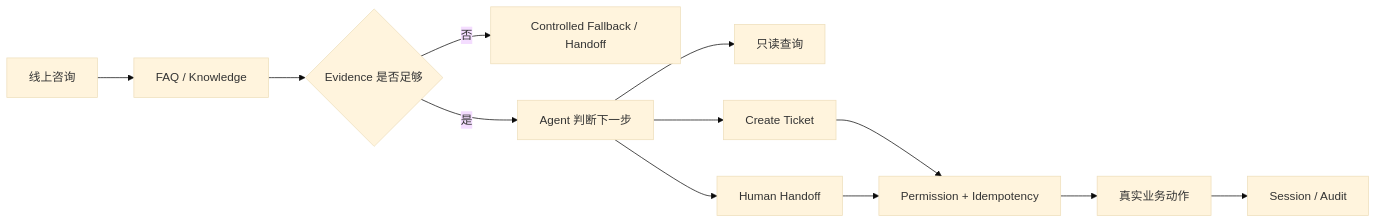
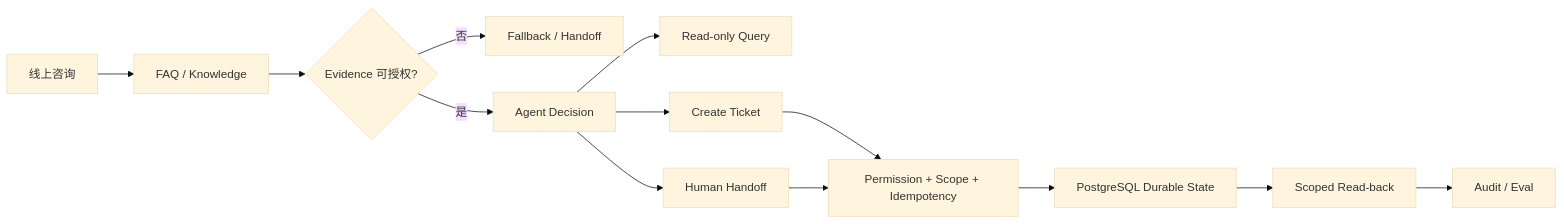
One commit to wanghanyu654321-cell/-agent changed the diagram in README.md. Above: the diagram before and after it, drawn with Mermaid (base theme). The commit also changed other lines of this file, not shown here.

````diff
--- a/README.md
+++ b/README.md
@@ -67,17 +63,18 @@
 ```mermaid
 flowchart LR
     A[线上咨询] --> B[FAQ / Knowledge]
-    B --> C{Evidence 是否足够}
-    C -- 否 --> D[Controlled Fallback / Handoff]
-    C -- 是 --> E[Agent 判断下一步]
+    B --> C{Evidence 可授权?}
+    C -- 否 --> D[Fallback / Handoff]
+    C -- 是 --> E[Agent Decision]
 
-    E --> F[只读查询]
+    E --> F[Read-only Query]
     E --> G[Create Ticket]
     E --> H[Human Handoff]
 
-    G --> I[Permission + Idempotency]
+    G --> I[Permission + Scope + Idempotency]
     H --> I
 
-    I --> J[真实业务动作]
-    J --> K[Session / Audit]
+    I --> J[PostgreSQL Durable State]
+    J --> K[Scoped Read-back]
+    K --> L[Audit / Eval]
 ```
````
